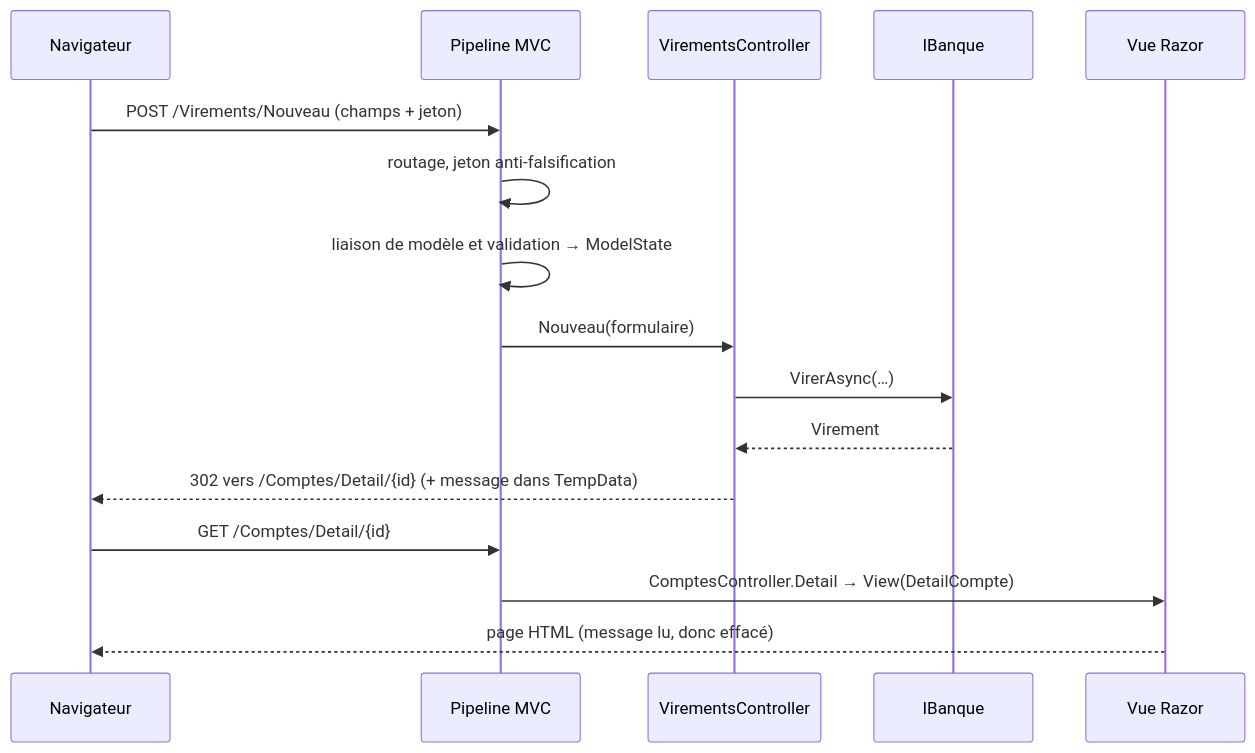
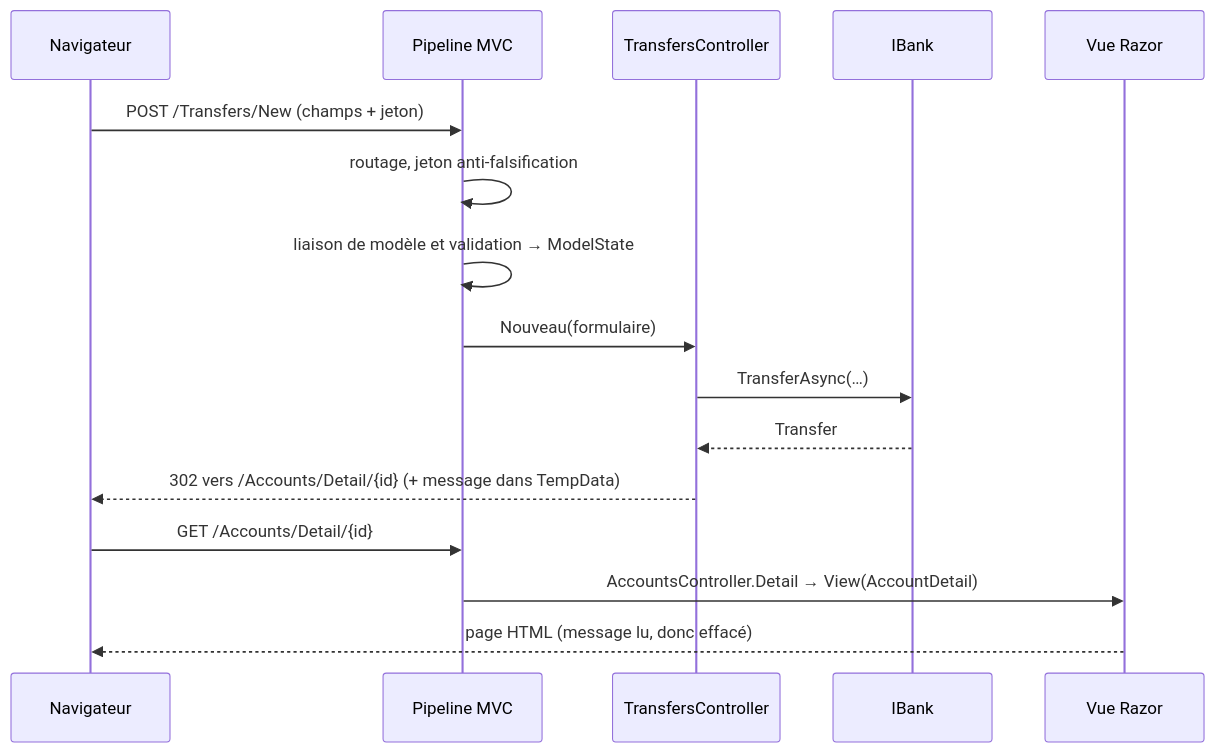
Before and after one commit to drangoht/ArchitecturesDemo: the second of 3 diagrams in Docs/24-mvc-mvvm.md, drawn with Mermaid. The commit also changed other lines of this file and 70 other files, not shown here.

Commit message:
Docs FR : identifiants, liens, diagrammes et sorties alignés sur le code anglais

````diff
--- a/Docs/24-mvc-mvvm.md
+++ b/Docs/24-mvc-mvvm.md
@@ -88,18 +88,18 @@
 ```mermaid
 sequenceDiagram
     participant N as Navigateur
     participant P as Pipeline MVC
-    participant C as VirementsController
-    participant B as IBanque
+    participant C as TransfersController
+    participant B as IBank
     participant V as Vue Razor
-    N->>P: POST /Virements/Nouveau (champs + jeton)
+    N->>P: POST /Transfers/New (champs + jeton)
     P->>P: routage, jeton anti-falsification
     P->>P: liaison de modèle et validation → ModelState
     P->>C: Nouveau(formulaire)
-    C->>B: VirerAsync(…)
-    B-->>C: Virement
-    C-->>N: 302 vers /Comptes/Detail/{id} (+ message dans TempData)
-    N->>P: GET /Comptes/Detail/{id}
-    P->>V: ComptesController.Detail → View(DetailCompte)
+    C->>B: TransferAsync(…)
+    B-->>C: Transfer
+    C-->>N: 302 vers /Accounts/Detail/{id} (+ message dans TempData)
+    N->>P: GET /Accounts/Detail/{id}
+    P->>V: AccountsController.Detail → View(AccountDetail)
     V-->>N: page HTML (message lu, donc effacé)
 ```
````
